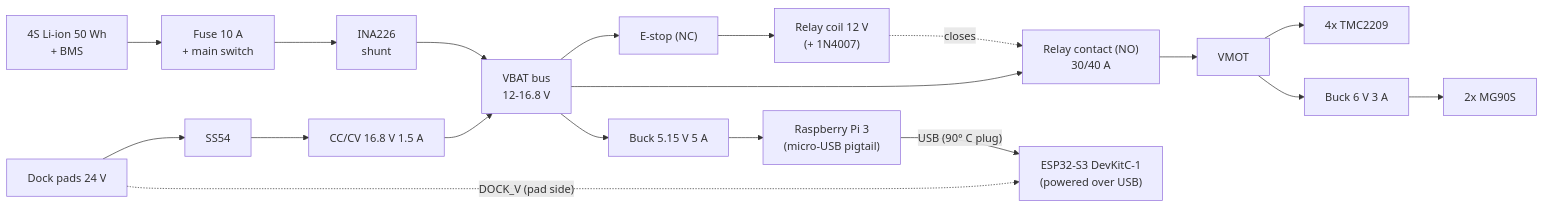
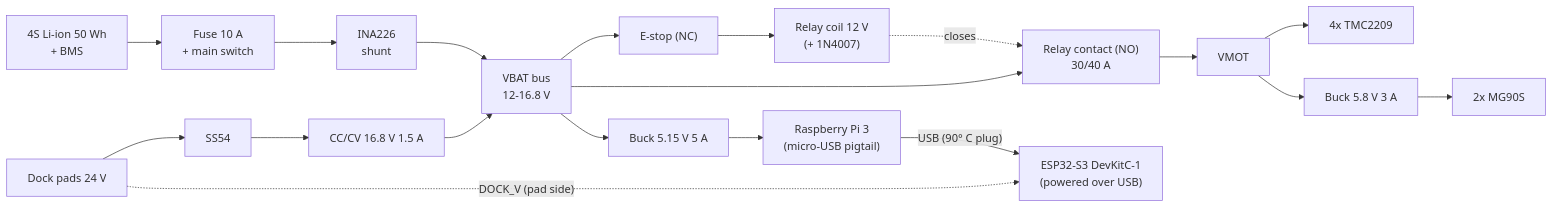
The diagram in docs/spec/02-electrical.md (freethought101/RackBotGen3), drawn with Mermaid before and after one commit. The commit also changed other lines of this file and 6 other files, not shown here.

First line of the commit message:
Set the servo buck to 5.8 V (spec v0.1.18)

````diff
--- a/docs/spec/02-electrical.md
+++ b/docs/spec/02-electrical.md
@@ -19,13 +19,13 @@
 ```mermaid
 flowchart LR
   BAT["4S Li-ion 50 Wh\n+ BMS"] --> F["Fuse 10 A\n+ main switch"] --> INA["INA226\nshunt"] --> BUS["VBAT bus\n12-16.8 V"]
   DOCK["Dock pads 24 V"] --> D["SS54"] --> CHG["CC/CV 16.8 V 1.5 A"] --> BUS
   DOCK -. "DOCK_V (pad side)" .-> ESP
   BUS --> ES["E-stop (NC)"] --> K["Relay coil 12 V\n(+ 1N4007)"]
   BUS --> KC["Relay contact (NO)\n30/40 A"] --> VMOT["VMOT"]
   K -. "closes" .-> KC
   VMOT --> TMC["4x TMC2209"]
-  VMOT --> B6["Buck 6 V 3 A"] --> SERVO["2x MG90S"]
+  VMOT --> B6["Buck 5.8 V 3 A"] --> SERVO["2x MG90S"]
   BUS --> B5["Buck 5.15 V 5 A"] --> PI["Raspberry Pi 3\n(micro-USB pigtail)"]
   PI -- "USB (90° C plug)" --> ESP["ESP32-S3 DevKitC-1\n(powered over USB)"]
 ```
````
